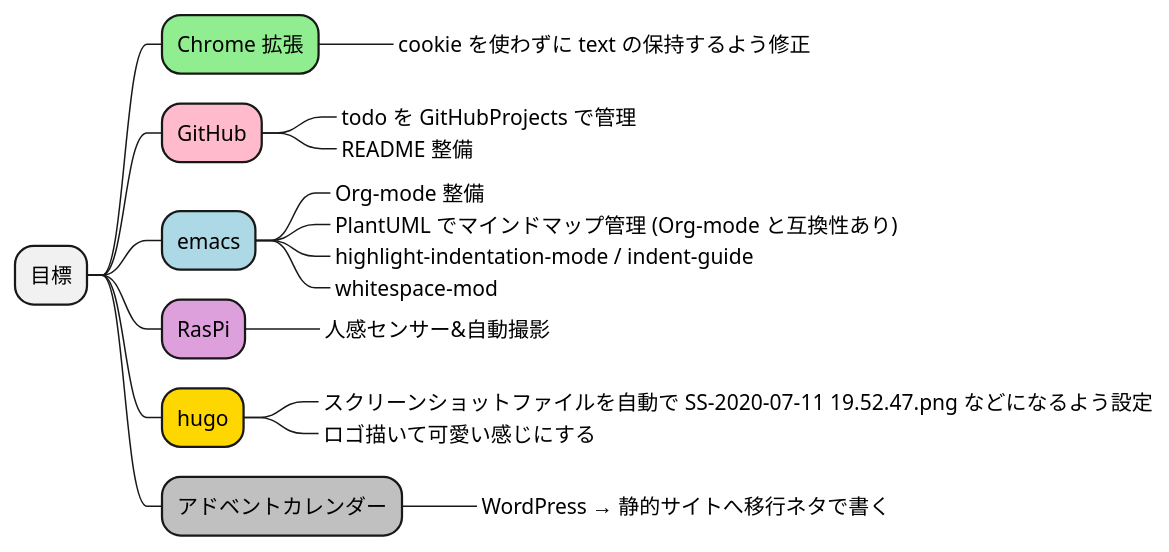
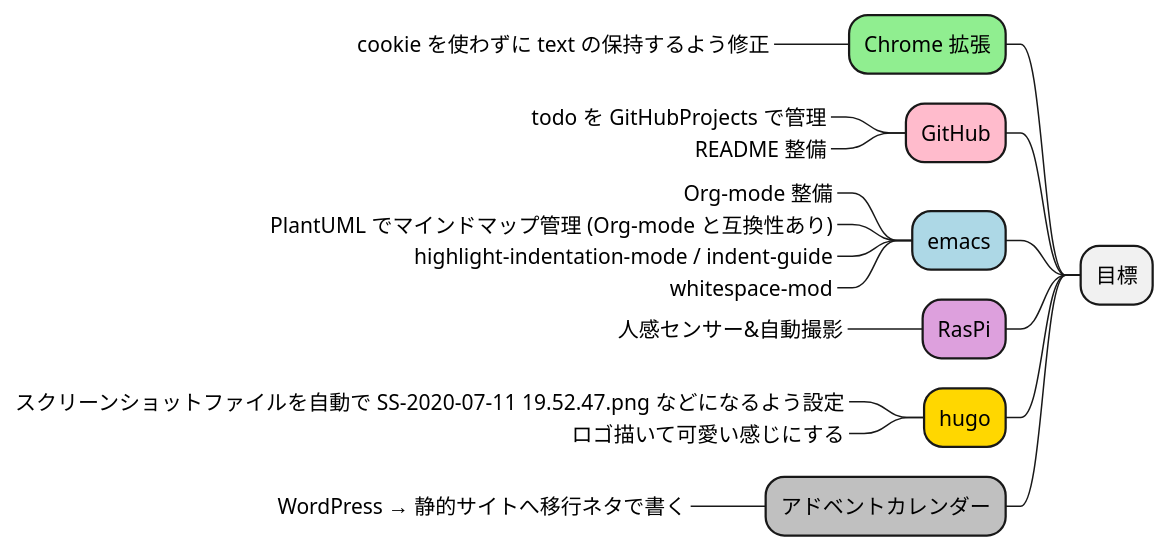
One commit to Ishizuka427/MindMap changed the diagram in test.puml. Above: the diagram before and after it, drawn with PlantUML.

```diff
--- a/test.puml
+++ b/test.puml
@@ -1,20 +1,23 @@
 @startmindmap
+
+left side
+
 * 目標
 **[#lightgreen] Chrome 拡張
 ***_ cookie を使わずに text の保持するよう修正
 **[#FFBBCC] GitHub
 ***_ todo を GitHubProjects で管理
 ***_ README 整備
 **[#lightblue] emacs
 ***_ Org-mode 整備
 ***_ PlantUML でマインドマップ管理 (Org-mode と互換性あり)
 ***_ highlight-indentation-mode / indent-guide
 ***_ whitespace-mod
 **[#plum] RasPi
 ***_ 人感センサー&自動撮影
 **[#gold] hugo
 ***_ スクリーンショットファイルを自動で SS-2020-07-11 19.52.47.png などになるよう設定
 ***_ ロゴ描いて可愛い感じにする
 **[#silver] アドベントカレンダー
 ***_ WordPress → 静的サイトへ移行ネタで書く
 @endmindmap
```
